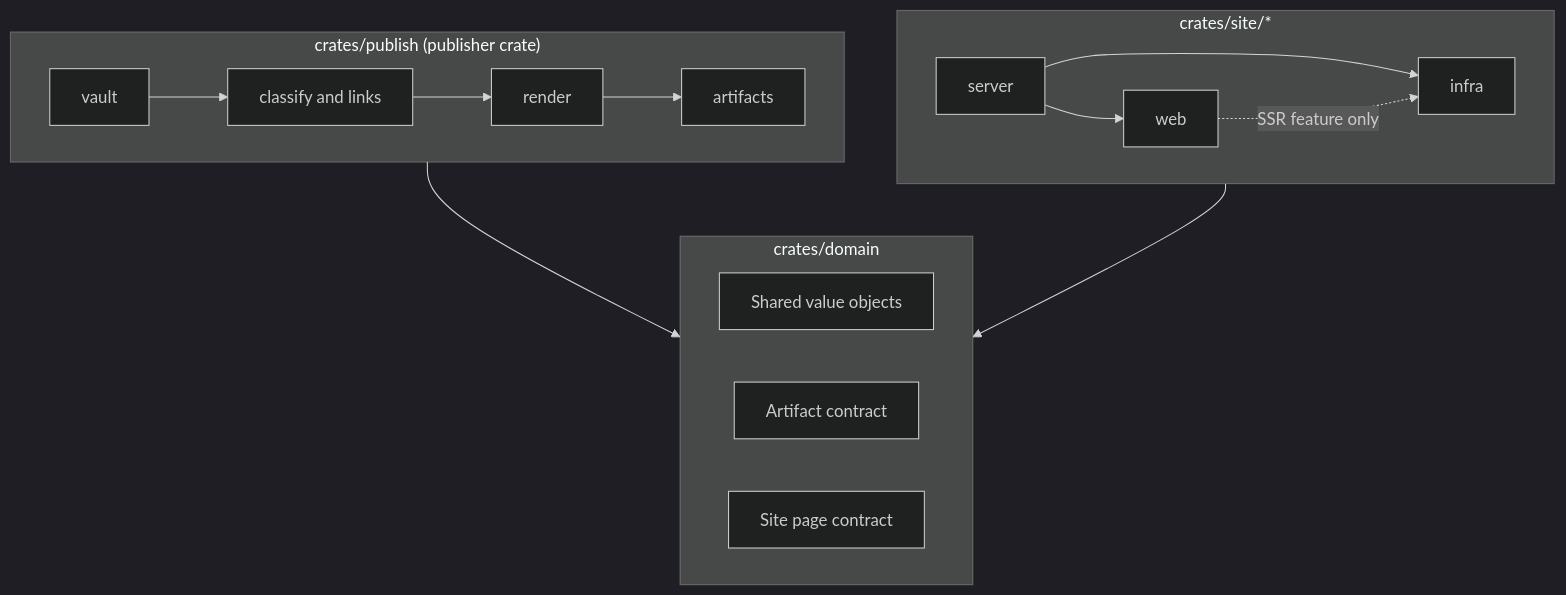
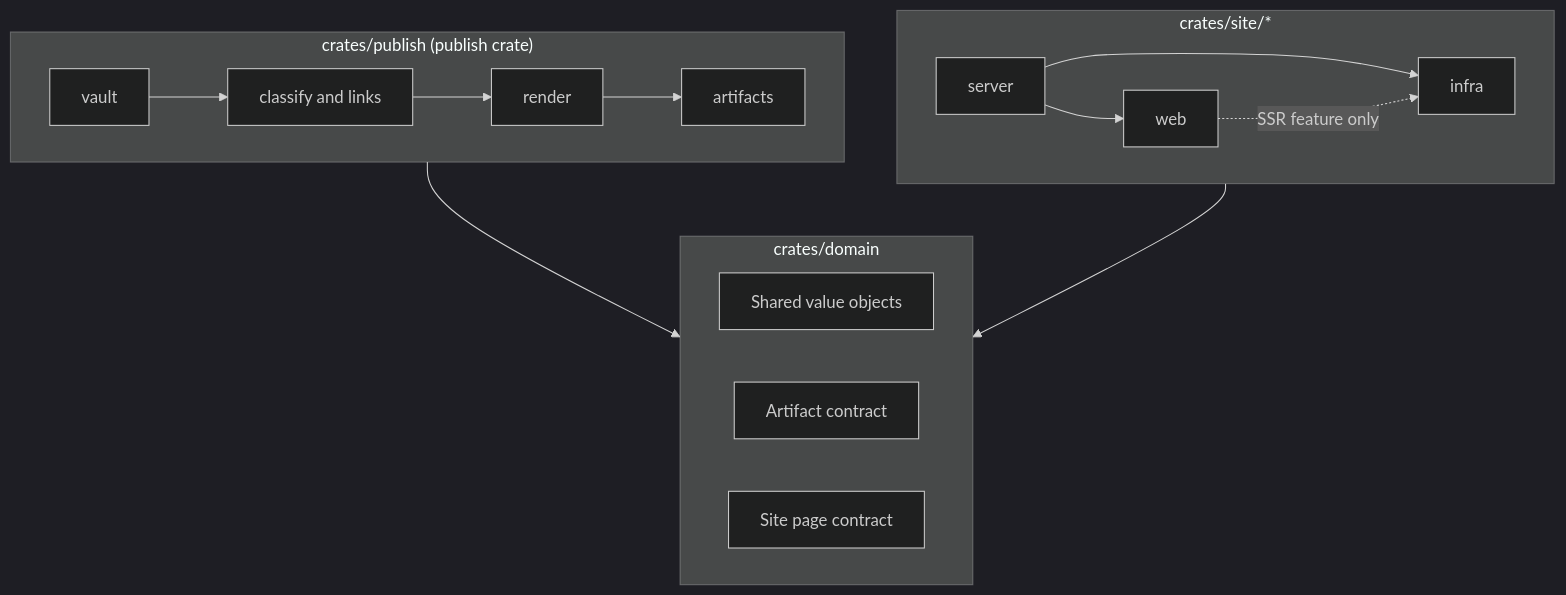
One commit to okawak/okawak_blog changed the second of 4 diagrams in docs/architecture/architecture.md. Above: the diagram before and after it, drawn with Mermaid (dark theme). The commit also changed other lines of this file and 24 other files, not shown here.

````diff
--- a/docs/architecture/architecture.md
+++ b/docs/architecture/architecture.md
@@ -102,30 +105,30 @@
 ```mermaid
 flowchart TB
     subgraph Domain["crates/domain"]
         D1[Shared value objects]
         D2[Artifact contract]
         D3[Site page contract]
     end
 
-    subgraph Publish["crates/publish (publisher crate)"]
+    subgraph Publish["crates/publish (publish crate)"]
         P1[vault]
         P2[classify and links]
         P3[render]
         P4[artifacts]
     end
 
     subgraph Site["crates/site/*"]
         S1[infra]
         S2[server]
         S3[web]
     end
 
     Publish --> Domain
     Site --> Domain
     P1 --> P2
     P2 --> P3
     P3 --> P4
     S2 --> S1
     S2 --> S3
     S3 -. "SSR feature only" .-> S1
 ```
````
